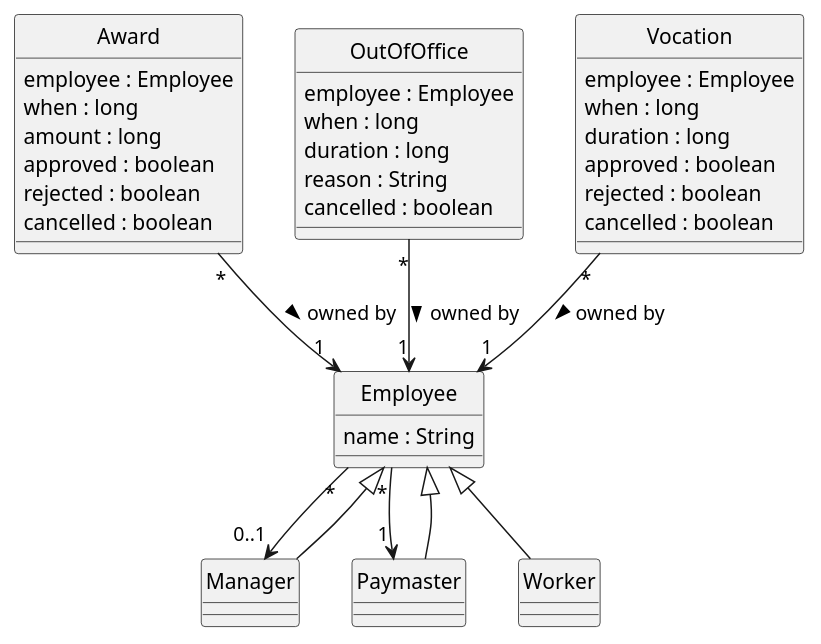
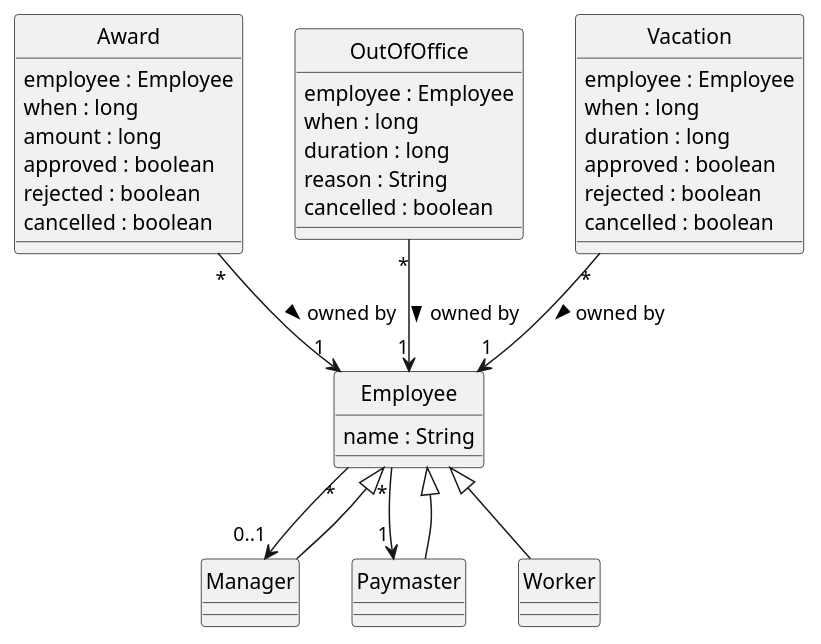
One commit to JohnKhandygo/EM changed the diagram in diagrams/classes/domain.puml. Above: the diagram before and after it, drawn with PlantUML. The commit also changed 5 other files, not shown here.

Commit message:
update spelling in diagrams.

```diff
--- a/diagrams/classes/domain.puml
+++ b/diagrams/classes/domain.puml
@@ -1,56 +1,56 @@
 @startuml
 'left to right direction
 hide class circle
 
 class Employee {
   name : String
 }
 
 class Manager {
 }
 
 class Paymaster {
 }
 
 class Worker {
 }
 
 class Award {
   employee : Employee
   when : long
   amount : long
   approved : boolean
   rejected : boolean
   cancelled : boolean
 }
 
 class OutOfOffice {
   employee : Employee
   when : long
   duration : long
   reason : String
   cancelled : boolean
 }
 
-class Vocation {
+class Vacation {
   employee : Employee
   when : long
   duration : long
   approved : boolean
   rejected : boolean
   cancelled : boolean
 }
 
 
 Award "*" -down-> "1" Employee : "owned by >"
 OutOfOffice "*" -down-> "1" Employee : "owned by >"
-Vocation "*" -down-> "1" Employee : "owned by >"
+Vacation "*" -down-> "1" Employee : "owned by >"
 
 Worker -up-|> Employee
 Manager -down-|> Employee
 Paymaster -down-|> Employee
 
 Employee "*" --> "0..1" Manager
 Employee "*" --> "1" Paymaster
 
 @enduml
```
